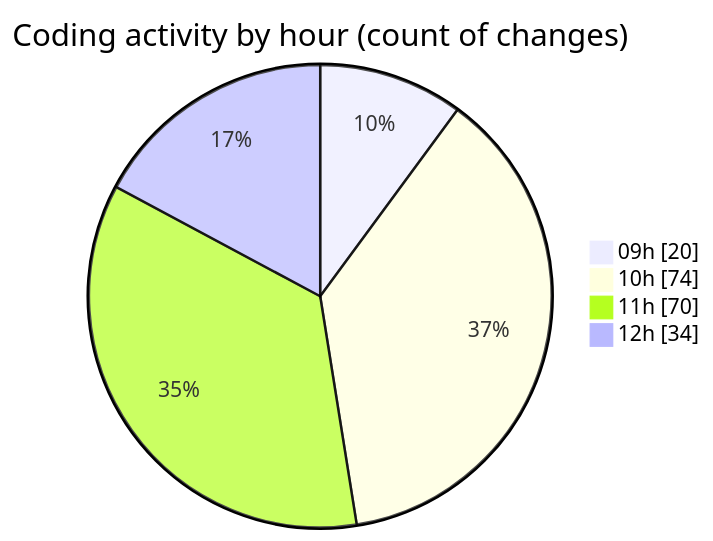
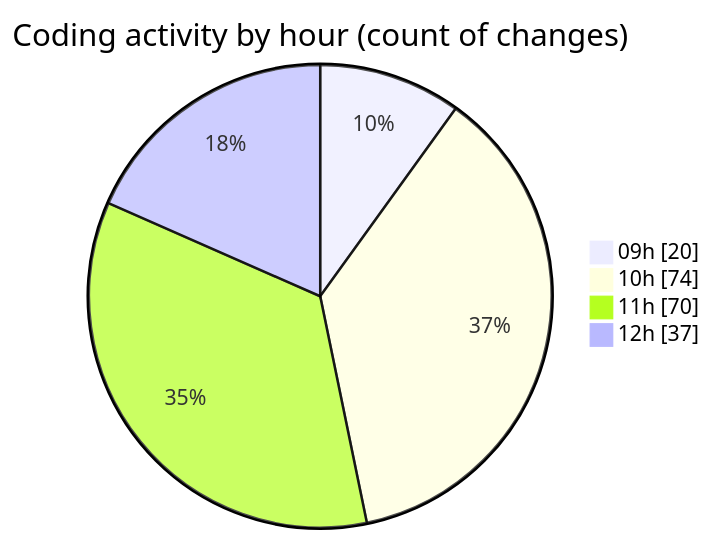
The second of 2 diagrams in 2025-06-06/ecodeli-1/README.md (CELIANVF/code-tracking), drawn with Mermaid before and after one commit. The commit also changed other lines of this file and 1 other file, not shown here.

````diff
--- a/2025-06-06/ecodeli-1/README.md
+++ b/2025-06-06/ecodeli-1/README.md
@@ -84,8 +84,8 @@
 ```mermaid
 pie showData
 title Coding activity by hour (count of changes)
 "09h" : 20
 "10h" : 74
 "11h" : 70
-"12h" : 34
+"12h" : 37
 ```
````
